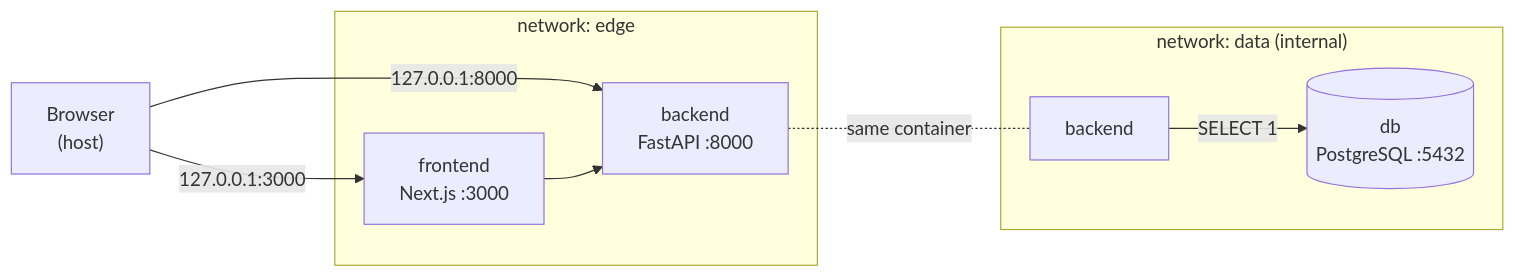
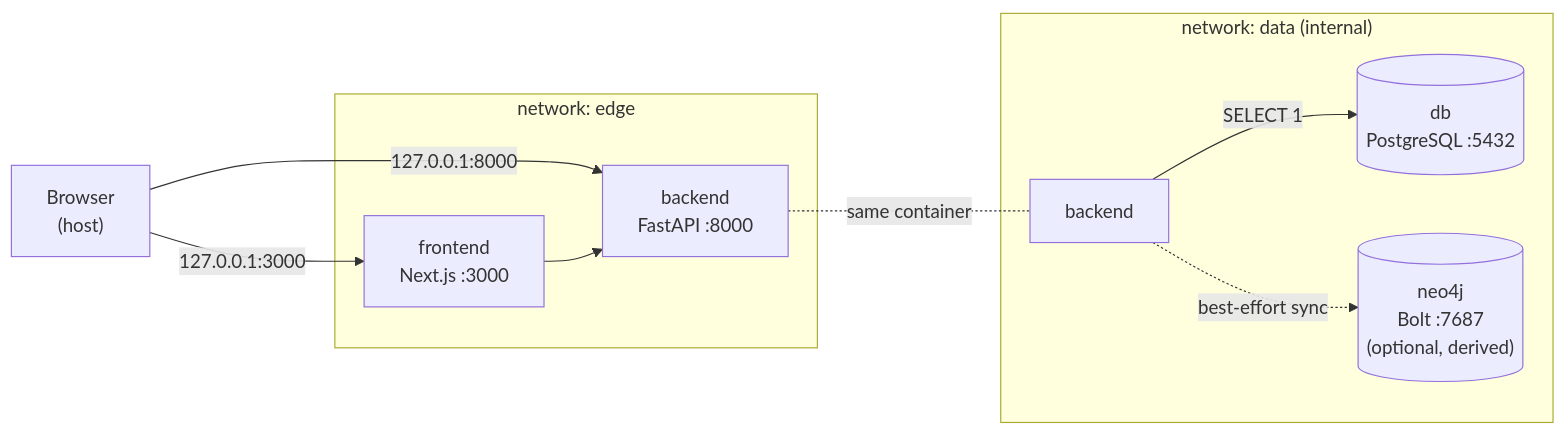
Before and after one commit to Brayan-13-12/infraguard-ai: the first of 6 diagrams in docs/architecture.md, drawn with Mermaid. The commit also changed other lines of this file and 85 other files, not shown here.

````diff
--- a/docs/architecture.md
+++ b/docs/architecture.md
@@ -261,17 +261,19 @@
 ```mermaid
 graph LR
     browser["Browser<br/>(host)"]
     subgraph edge["network: edge"]
         fe["frontend<br/>Next.js :3000"]
         be1["backend<br/>FastAPI :8000"]
     end
     subgraph data["network: data (internal)"]
         be2["backend"]
         db[("db<br/>PostgreSQL :5432")]
+        neo4j[("neo4j<br/>Bolt :7687<br/>(optional, derived)")]
     end
     browser -->|"127.0.0.1:3000"| fe
     browser -->|"127.0.0.1:8000"| be1
     fe --> be1
     be2 -->|"SELECT 1"| db
+    be2 -.best-effort sync.-> neo4j
     be1 -.same container.- be2
 ```
````
